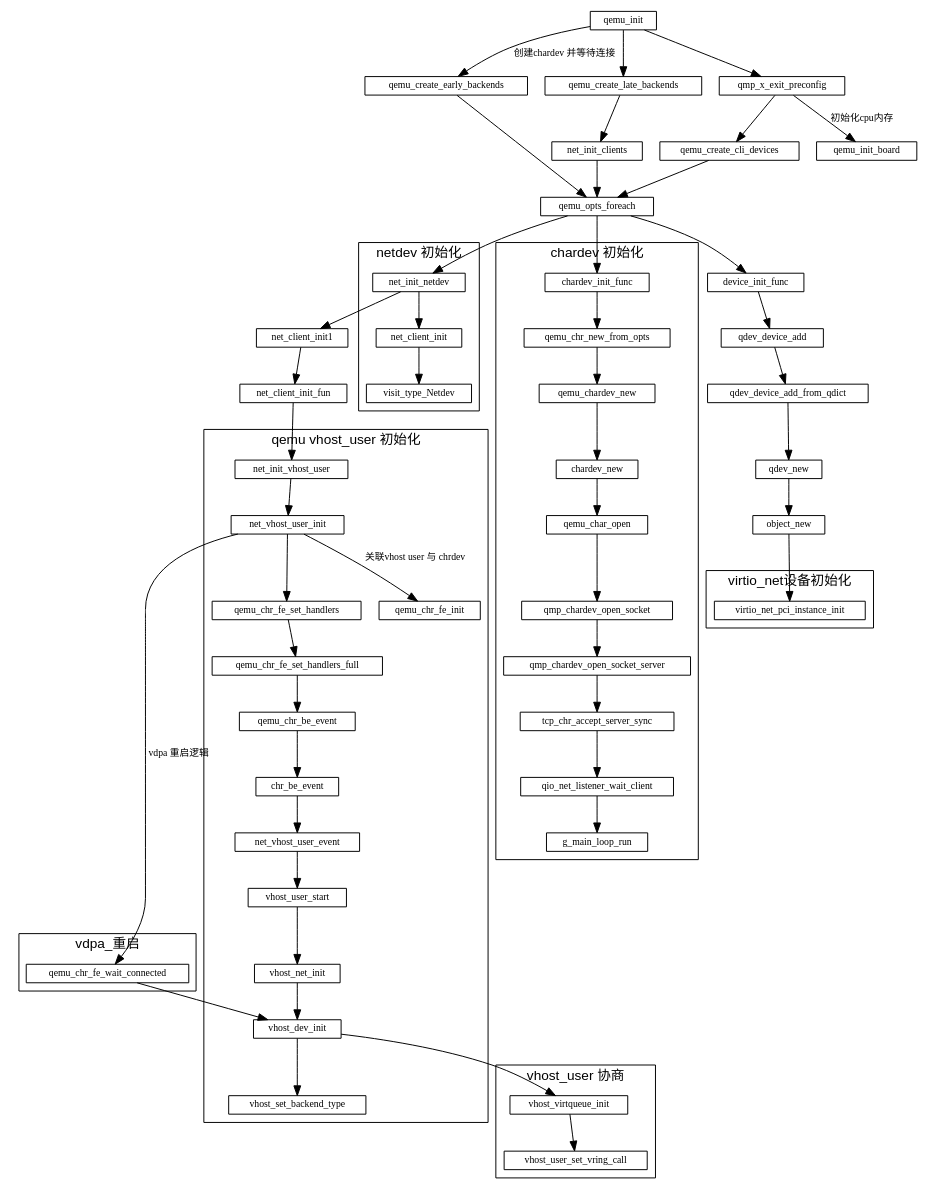
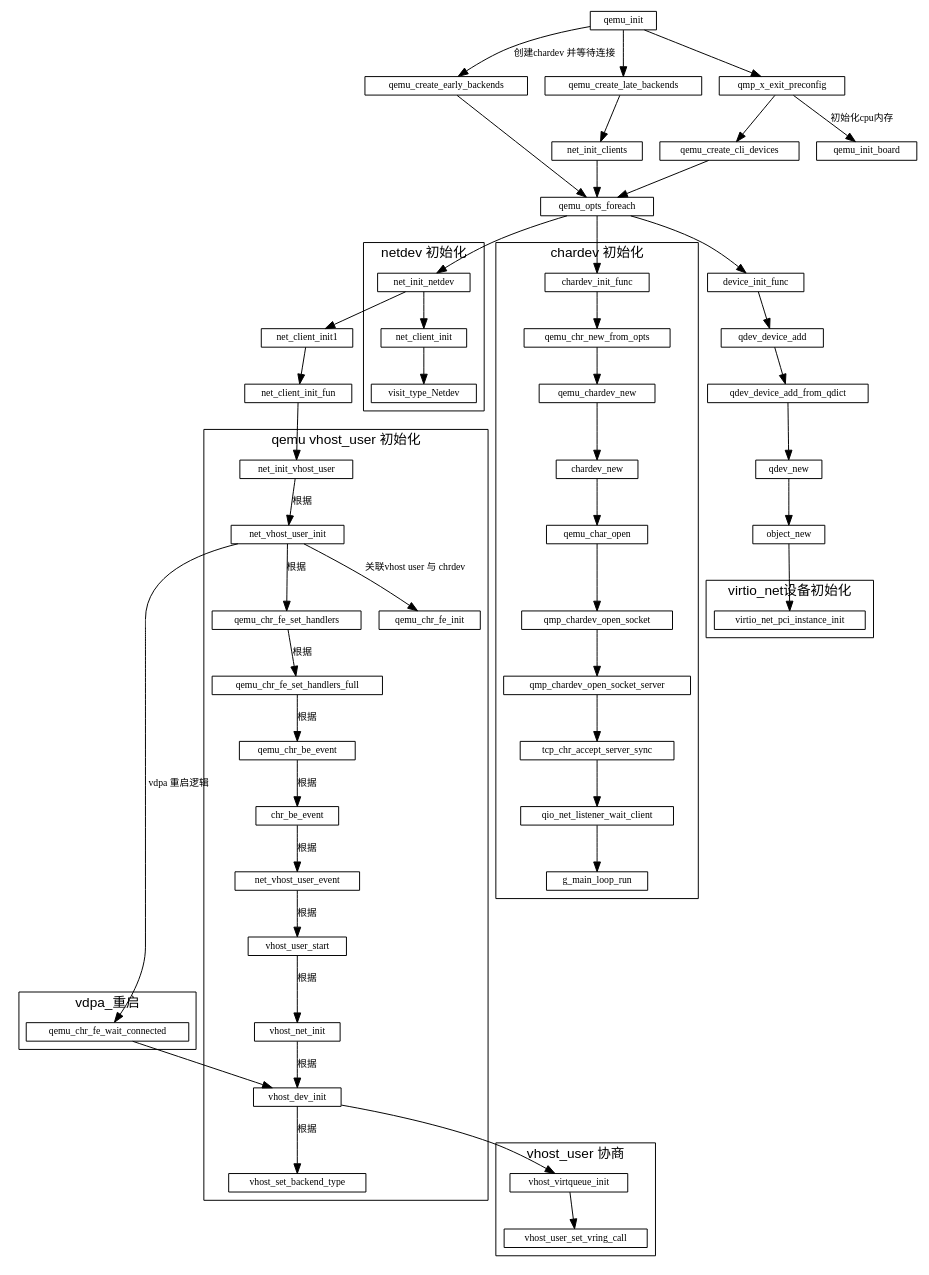
Before and after one commit to sisyphus1212/note: the diagram in qemu/qemu初始化.md, drawn with Graphviz.

Commit message:
auto_update

```diff
--- a/qemu/qemu初始化.md
+++ b/qemu/qemu初始化.md
@@ -58,7 +58,7 @@
                             -> vhost_user_start
                             -> vhost_net_init
                             -> vhost_dev_init
-                            -> vhost_set_backend_type[label=""]
+                            -> vhost_set_backend_type[label="根据"]
 
 
         net_vhost_user_init -> qemu_chr_fe_init[label="关联vhost user 与 chrdev"]
```
